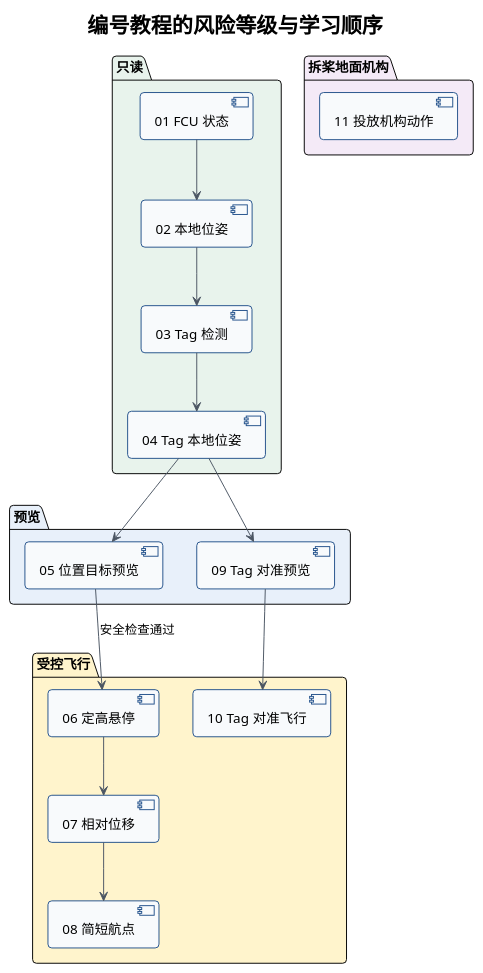
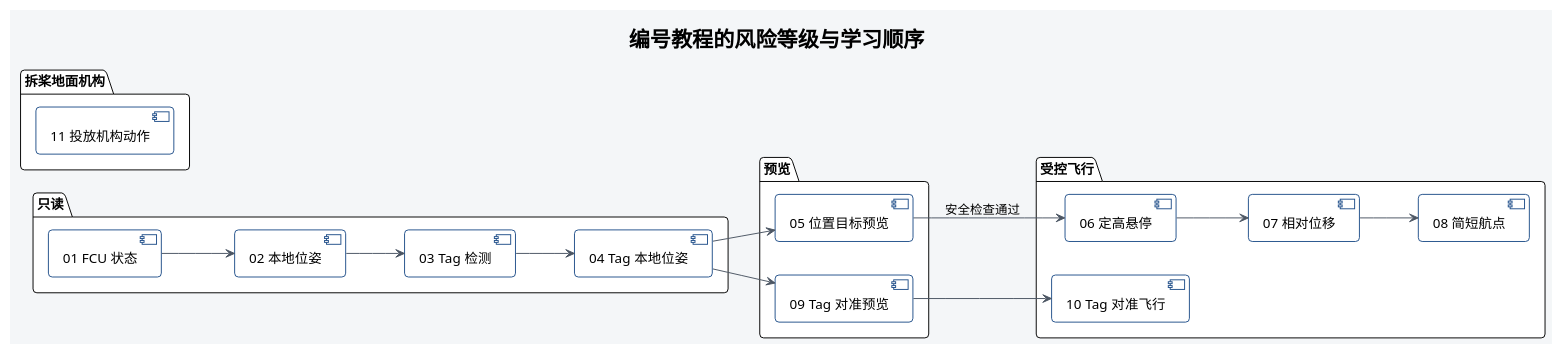
The diagram in docs/diagrams/tutorial-index.puml (6hao666/robotac), drawn with PlantUML before and after one commit. The commit also changed 51 other files, not shown here.

Commit message:
docs: standardize PlantUML diagram layout

```diff
--- a/docs/diagrams/tutorial-index.puml
+++ b/docs/diagrams/tutorial-index.puml
@@ -1,31 +1,32 @@
 @startuml
 !theme plain
-skinparam backgroundColor transparent
+skinparam backgroundColor #F4F6F8
 skinparam shadowing false
 skinparam roundcorner 8
 skinparam defaultFontName SansSerif
 skinparam ArrowColor #4B5563
-skinparam componentBackgroundColor #F8FAFC
+skinparam componentBackgroundColor #FFFFFF
 skinparam componentBorderColor #24528C
+left to right direction
 title 编号教程的风险等级与学习顺序
-package "只读" #E8F3EC {
+package "只读" #FFFFFF {
   [01 FCU 状态] --> [02 本地位姿]
   [02 本地位姿] --> [03 Tag 检测]
   [03 Tag 检测] --> [04 Tag 本地位姿]
 }
-package "预览" #E8F0FA {
+package "预览" #FFFFFF {
   [05 位置目标预览]
   [09 Tag 对准预览]
 }
-package "受控飞行" #FFF4CC {
+package "受控飞行" #FFFFFF {
   [06 定高悬停] --> [07 相对位移]
   [07 相对位移] --> [08 简短航点]
   [09 Tag 对准预览] --> [10 Tag 对准飞行]
 }
-package "拆桨地面机构" #F4EAF7 {
+package "拆桨地面机构" #FFFFFF {
   [11 投放机构动作]
 }
 [04 Tag 本地位姿] --> [05 位置目标预览]
 [04 Tag 本地位姿] --> [09 Tag 对准预览]
 [05 位置目标预览] --> [06 定高悬停] : 安全检查通过
 @enduml
```
